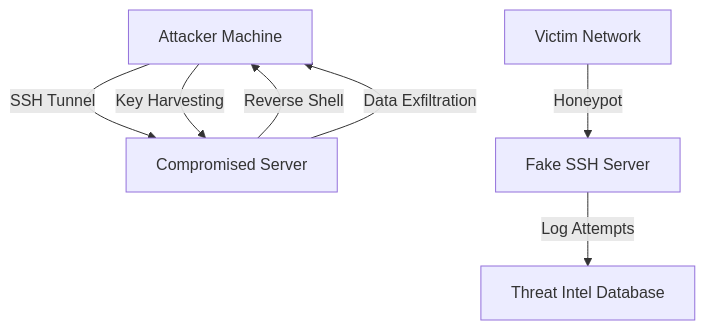
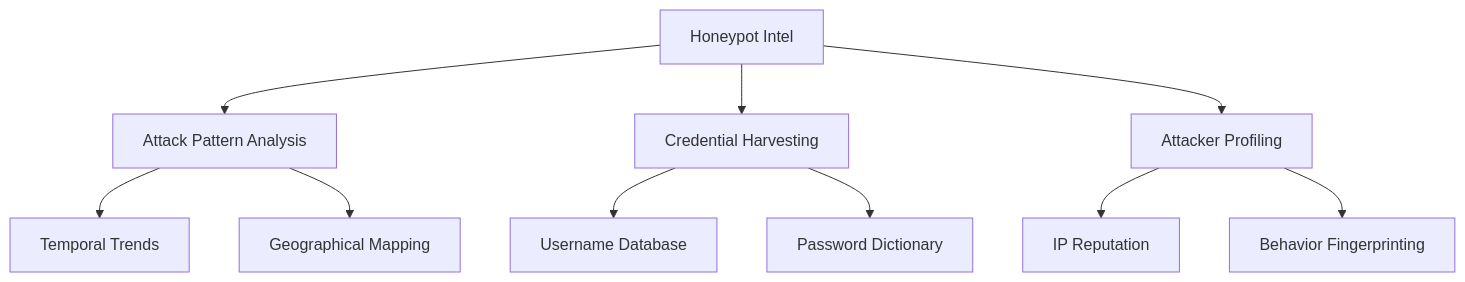
Before and after one commit to cipherbite/mastering-linux: the sixth of 6 diagrams in mastering-ssh-part-one/6 - Advance SSH Usage.md, drawn with Mermaid. The commit also changed other lines of this file, not shown here.

Commit message:
Update 6 - Advance SSH Usage.md

````diff
--- a/mastering-ssh-part-one/6 - Advance SSH Usage.md
+++ b/mastering-ssh-part-one/6 - Advance SSH Usage.md
@@ -253,9 +428,12 @@
 ```mermaid
 graph TD
-    A[Attacker Machine] -->|SSH Tunnel| B[Compromised Server]
-    B -->|Reverse Shell| A
-    B -->|Data Exfiltration| A
-    A -->|Key Harvesting| B
-    C[Victim Network] -->|Honeypot| D[Fake SSH Server]
-    D -->|Log Attempts| E[Threat Intel Database]
+    A[Honeypot Intel] --> B[Attack Pattern Analysis]
+    A --> C[Credential Harvesting]
+    A --> D[Attacker Profiling]
+    B --> E[Temporal Trends]
+    B --> F[Geographical Mapping]
+    C --> G[Username Database]
+    C --> H[Password Dictionary]
+    D --> I[IP Reputation]
+    D --> J[Behavior Fingerprinting]
 ```
````
